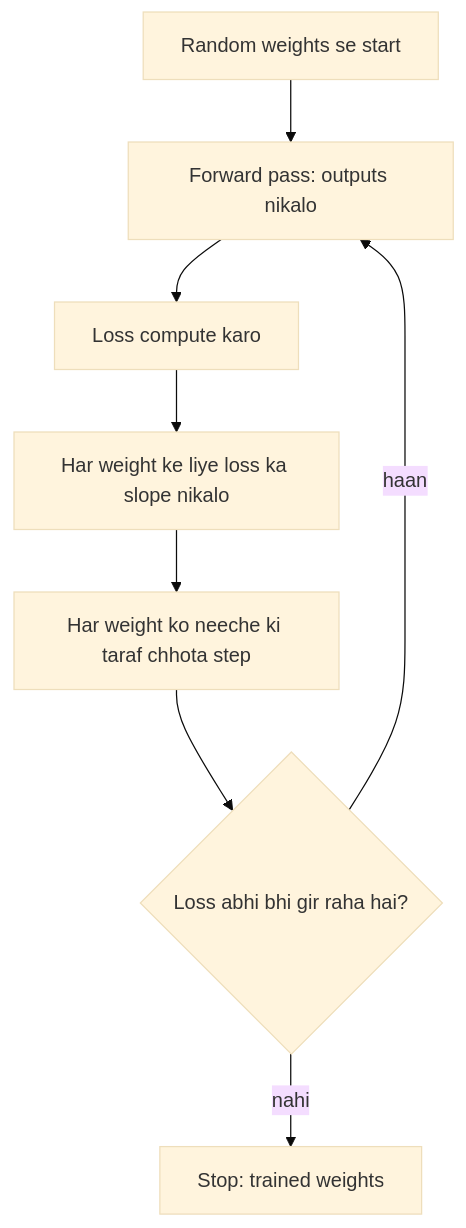
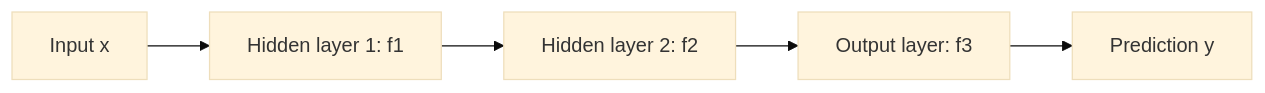
The fifth of 5 diagrams in content/deep-learning/notes/perceptron-mlp.hi.mdx (TrendySloth1001/sem-seven-notes), drawn with Mermaid (base theme) before and after one commit. The commit also changed other lines of this file and 168 other files, not shown here.

````diff
--- a/content/deep-learning/notes/perceptron-mlp.hi.mdx
+++ b/content/deep-learning/notes/perceptron-mlp.hi.mdx
@@ -361,11 +273,8 @@
 ```mermaid
-%% caption: Gradient-descent loop. Har pass error measure karta hai, dhoondhta hai ki har weight kis taraf jaaye, aur neeche ki taraf chhota step leta hai.
-flowchart TD
-  A["Random weights se start"] --> B["Forward pass: outputs nikalo"]
-  B --> C["Loss compute karo"]
-  C --> D["Har weight ke liye loss ka slope nikalo"]
-  D --> E["Har weight ko neeche ki taraf chhota step"]
-  E --> F{"Loss abhi bhi gir raha hai?"}
-  F -- "haan" --> B
-  F -- "nahi" --> G["Stop: trained weights"]
+%% caption: Feedforward network mein data sirf ek direction mein jaata hai. Wapas loop nahi hota.
+flowchart LR
+  A["Input x"] --> B["Hidden layer 1: f1"]
+  B --> C["Hidden layer 2: f2"]
+  C --> D["Output layer: f3"]
+  D --> E["Prediction y"]
 ```
````
